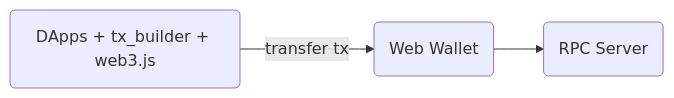
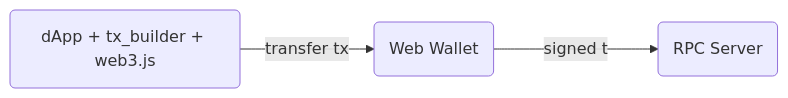
One commit to gist-rs/tx-builder-wasm changed the first of 4 diagrams in README.md. Above: the diagram before and after it, drawn with Mermaid. The commit also changed other lines of this file, not shown here.

Commit message:
more diagram, logo

````diff
--- a/README.md
+++ b/README.md
@@ -9,4 +13,4 @@
 ```mermaid
 graph LR
-    A(DApps + tx_builder + web3.js) -- transfer tx --> Y(Web Wallet) --> Z(RPC Server)
+    A(dApp + tx_builder + web3.js) -- transfer tx --> Y(Web Wallet) -- signed tx--> Z(RPC Server)
 ```
````
